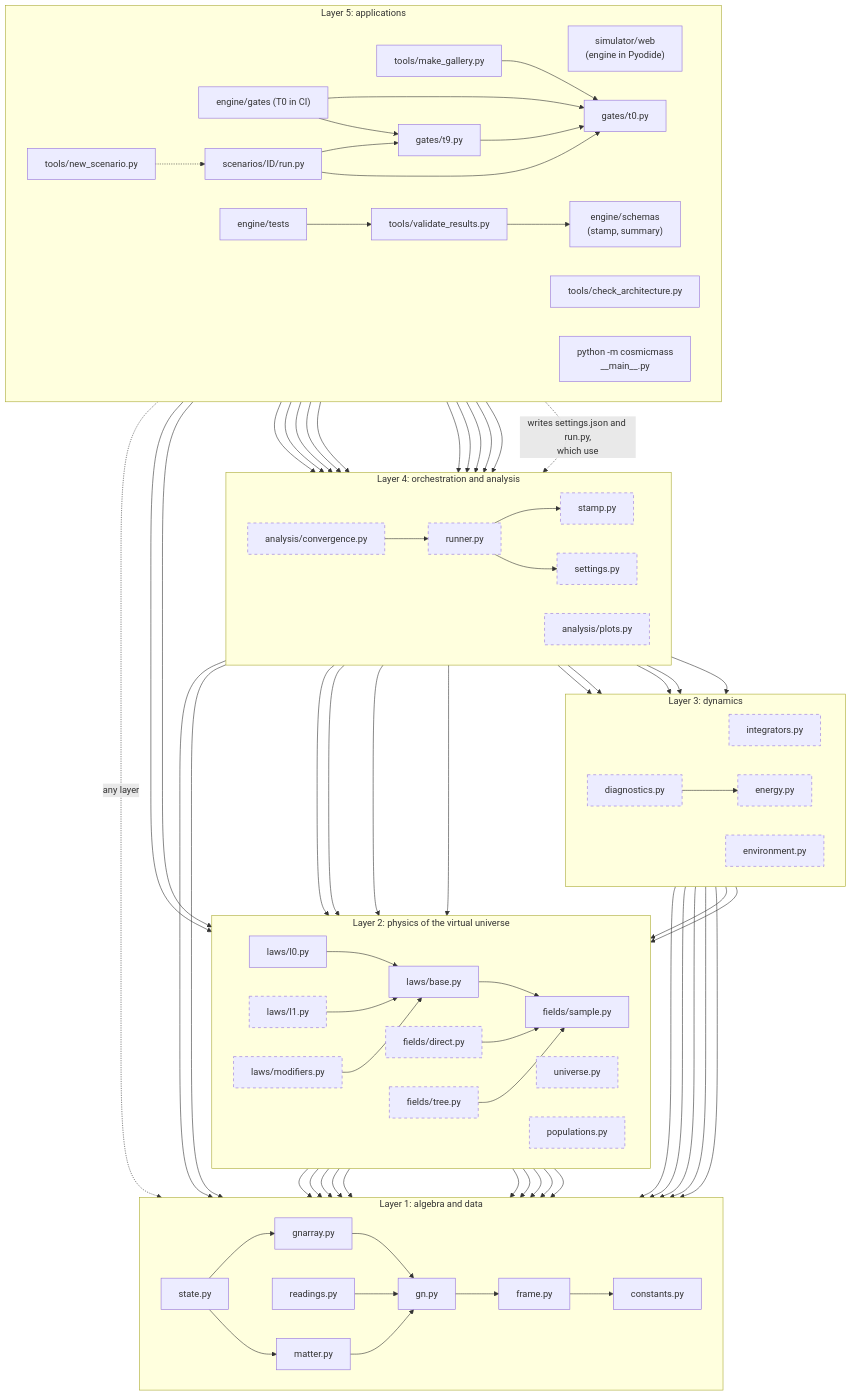
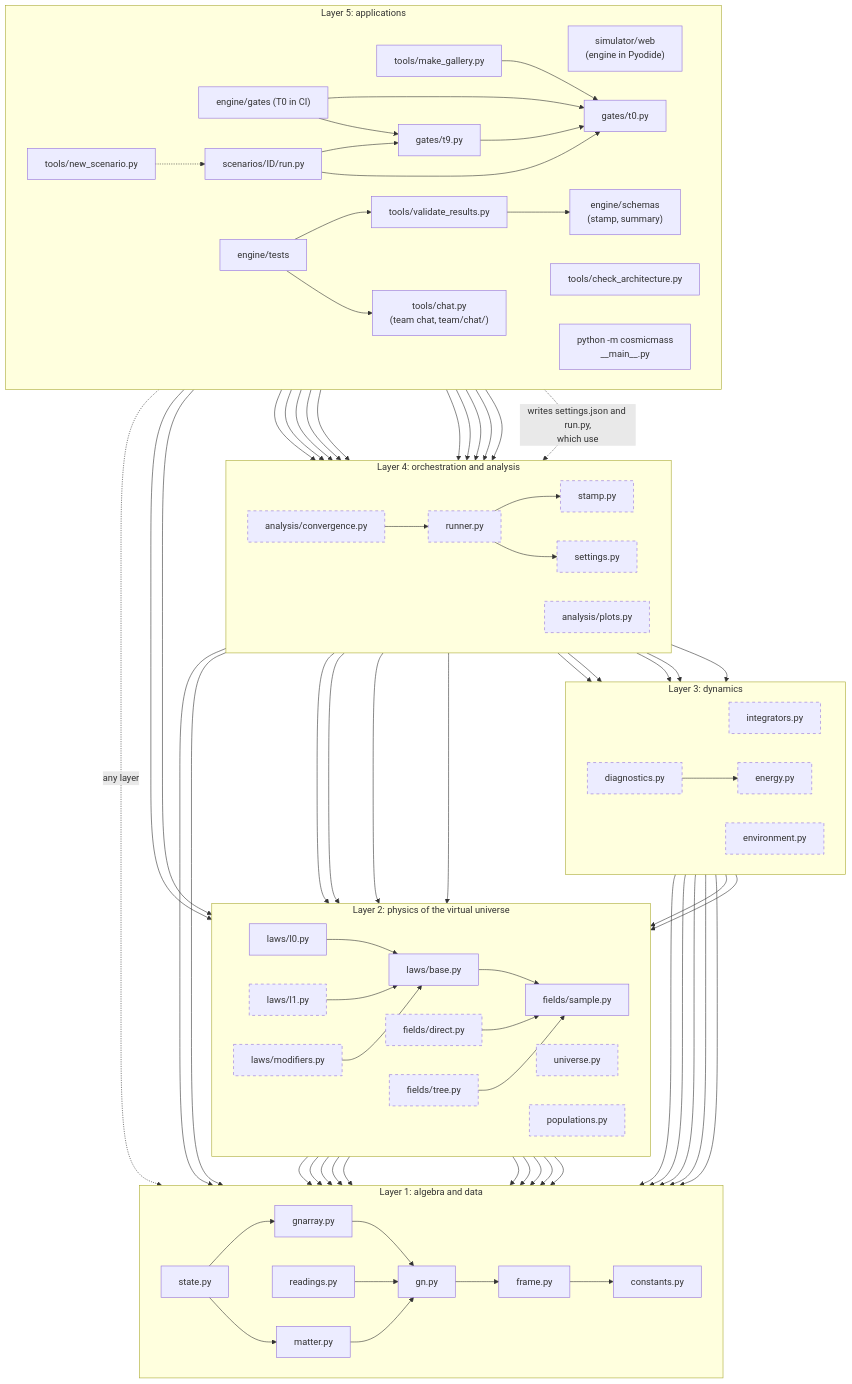
One commit to isaacmindx-collab/cosmic-mass-lab changed the second of 8 diagrams in ARCHITECTURE.md. Above: the diagram before and after it, drawn with Mermaid. The commit also changed other lines of this file and 6 other files, not shown here.

Commit message:
Team chat (question 23, proposed): tools/chat.py, team/chat/ with README and the first message, tests; ARCHITECTURE.md (D18)

```diff
--- a/ARCHITECTURE.md
+++ b/ARCHITECTURE.md
@@ -142,6 +143,7 @@
         webui["simulator/web<br/>(engine in Pyodide)"]
         scaffold["tools/new_scenario.py"]
         archcheck["tools/check_architecture.py"]
+        chat["tools/chat.py<br/>(team chat, team/chat/)"]
         validate["tools/validate_results.py"]
         schemas["engine/schemas<br/>(stamp, summary)"]
         gallery["tools/make_gallery.py"]
@@ -213,6 +215,7 @@
     gate --> stamp
     tests -.->|"any layer"| gn
     tests --> validate
+    tests --> chat
     validate --> schemas
     webui --> runner
     scaffold -.->|"writes settings.json and run.py,<br/>which use"| settings
```
